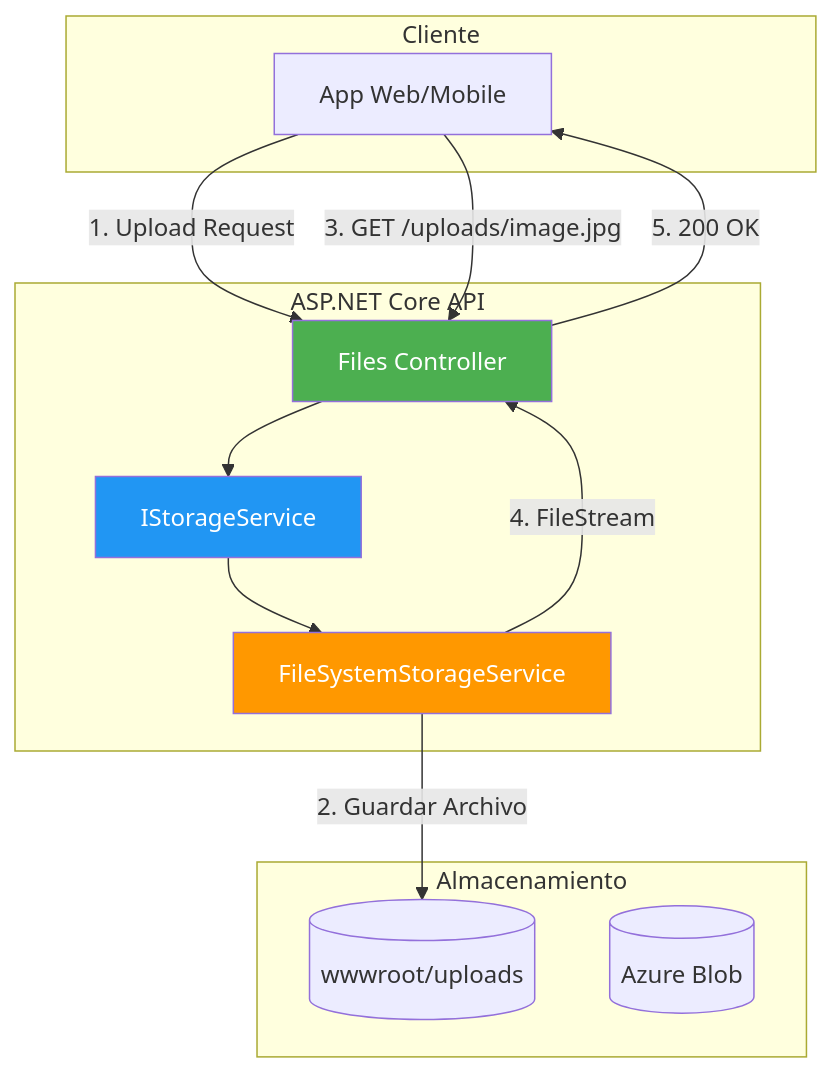
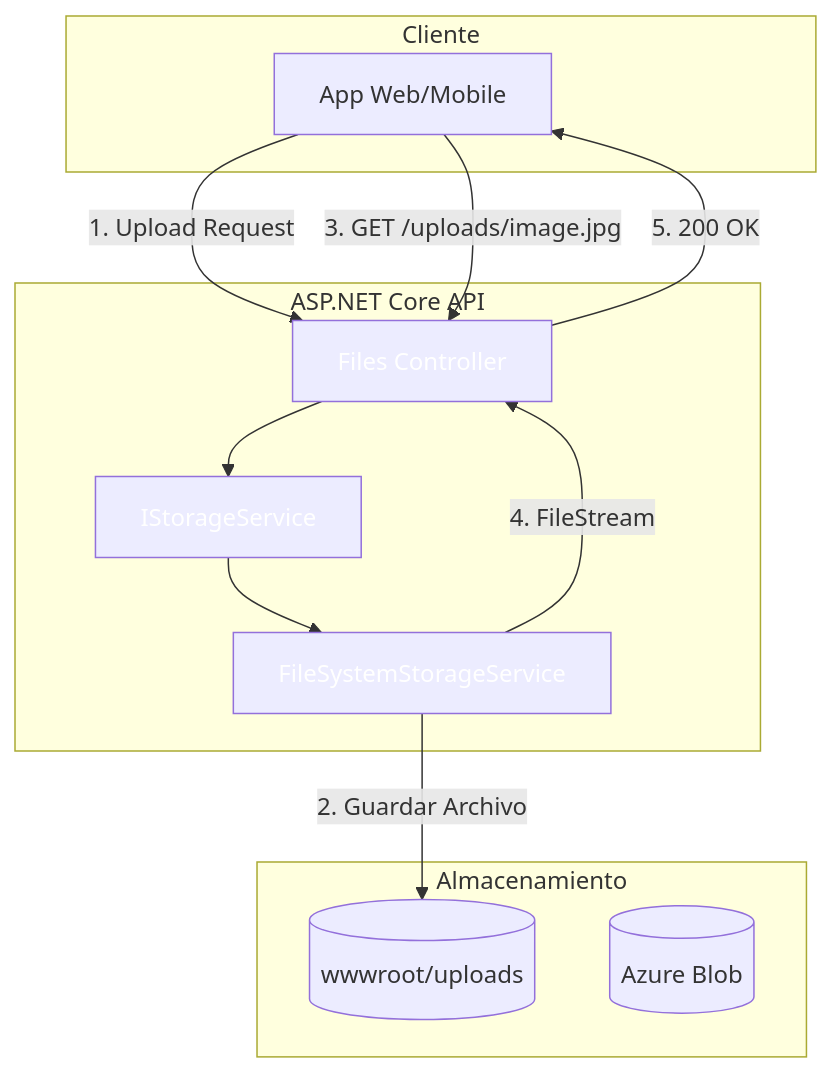
One commit to joseluisgs/DesarrolloWebEntornosServidor-02-2026-2027 changed the first of 3 diagrams in 20-file-storage.md. Above: the diagram before and after it, drawn with Mermaid. The commit also changed other lines of this file and 41 other files, not shown here.

````diff
--- a/20-file-storage.md
+++ b/20-file-storage.md
@@ -62,30 +62,30 @@
 ```mermaid
 graph TD
     subgraph "Cliente"
         A[App Web/Mobile]
     end
     
     subgraph "ASP.NET Core API"
         B[Files Controller]
         C[IStorageService]
         D[FileSystemStorageService]
     end
     
     subgraph "Almacenamiento"
         E[(wwwroot/uploads)]
         F[(Azure Blob)]
     end
     
     A -->|1. Upload Request| B
     B --> C
     C --> D
     D -->|2. Guardar Archivo| E
     
     A -->|3. GET /uploads/image.jpg| B
     D -->|4. FileStream| B
     B -->|5. 200 OK| A
     
-    style B fill:#4CAF50,color:#fff
-    style C fill:#2196F3,color:#fff
-    style D fill:#FF9800,color:#fff
+    style B fill:#4CAF5,color:#fff0,color:#fff
+    style C fill:#2196F,color:#fff3,color:#fff
+    style D fill:#FF980,color:#fff0,color:#fff
 ```
````
